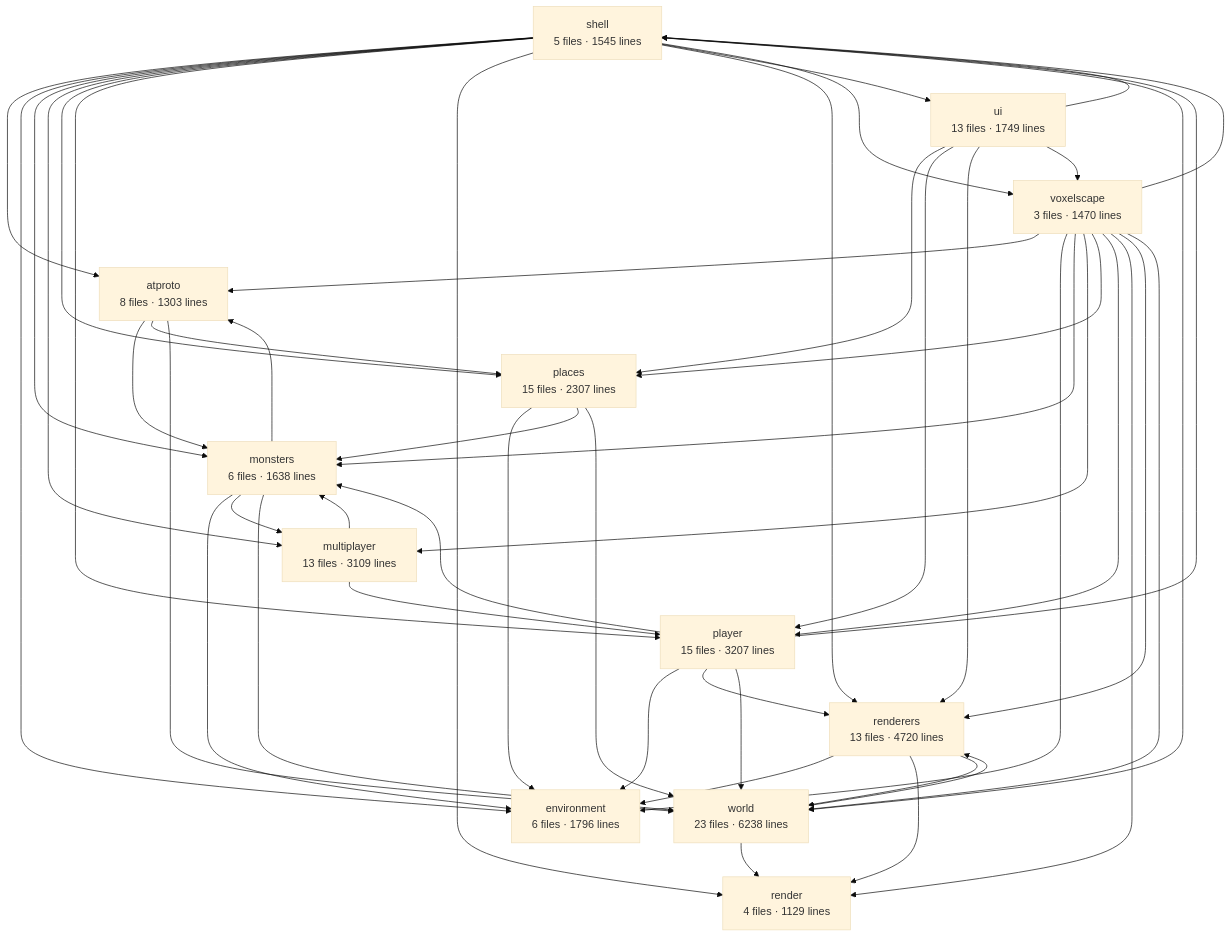
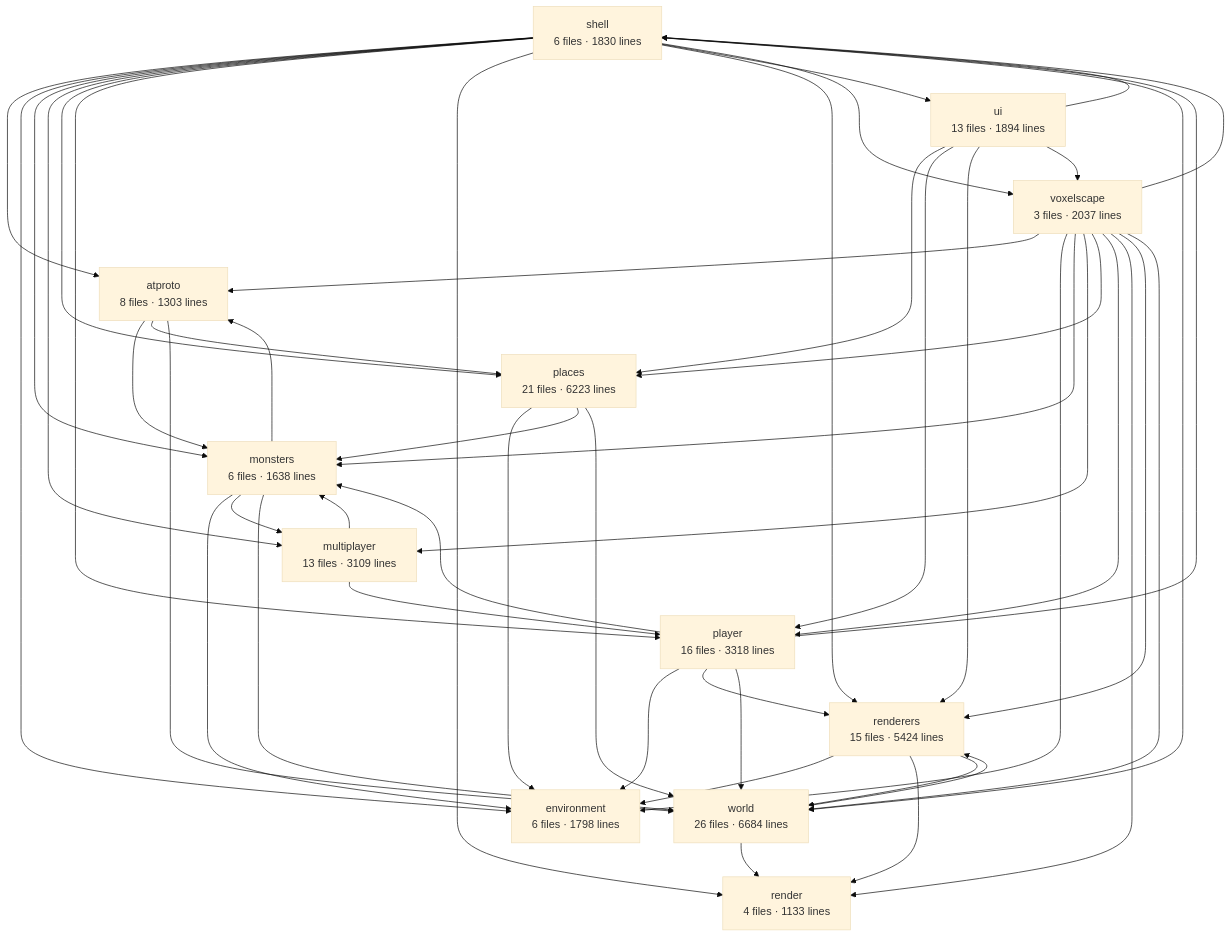
Before and after one commit to clinuxrulz/big-mesh-studios: the diagram in apps/voxelscape/docs/architecture.md, drawn with Mermaid (base theme). The commit also changed other lines of this file and 71 other files, not shown here.

````diff
--- a/apps/voxelscape/docs/architecture.md
+++ b/apps/voxelscape/docs/architecture.md
@@ -6,63 +6,63 @@
 ```mermaid
 graph TD
-  shell["shell<br/>5 files · 1545 lines"]
-  voxelscape["voxelscape<br/>3 files · 1470 lines"]
-  world["world<br/>23 files · 6238 lines"]
-  renderers["renderers<br/>13 files · 4720 lines"]
-  render["render<br/>4 files · 1129 lines"]
-  player["player<br/>15 files · 3207 lines"]
+  shell["shell<br/>6 files · 1830 lines"]
+  voxelscape["voxelscape<br/>3 files · 2037 lines"]
+  world["world<br/>26 files · 6684 lines"]
+  renderers["renderers<br/>15 files · 5424 lines"]
+  render["render<br/>4 files · 1133 lines"]
+  player["player<br/>16 files · 3318 lines"]
   monsters["monsters<br/>6 files · 1638 lines"]
   multiplayer["multiplayer<br/>13 files · 3109 lines"]
-  places["places<br/>15 files · 2307 lines"]
-  environment["environment<br/>6 files · 1796 lines"]
+  places["places<br/>21 files · 6223 lines"]
+  environment["environment<br/>6 files · 1798 lines"]
   atproto["atproto<br/>8 files · 1303 lines"]
-  ui["ui<br/>13 files · 1749 lines"]
+  ui["ui<br/>13 files · 1894 lines"]
   atproto --> monsters
   atproto --> places
   atproto --> world
   monsters --> atproto
   monsters --> environment
   monsters --> multiplayer
   monsters --> world
   multiplayer --> monsters
   multiplayer --> player
   places --> environment
   places --> monsters
   places --> world
   player --> environment
   player --> monsters
   player --> renderers
   player --> shell
   player --> world
   renderers --> environment
   renderers --> render
   renderers --> world
   shell --> atproto
   shell --> environment
   shell --> monsters
   shell --> multiplayer
   shell --> places
   shell --> player
   shell --> render
   shell --> renderers
   shell --> ui
   shell --> voxelscape
   shell --> world
   ui --> places
   ui --> player
   ui --> renderers
   ui --> shell
   ui --> voxelscape
   voxelscape --> atproto
   voxelscape --> environment
   voxelscape --> monsters
   voxelscape --> multiplayer
   voxelscape --> places
   voxelscape --> player
   voxelscape --> render
   voxelscape --> renderers
   voxelscape --> shell
   voxelscape --> world
   world --> render
   world --> renderers
 ```
````
